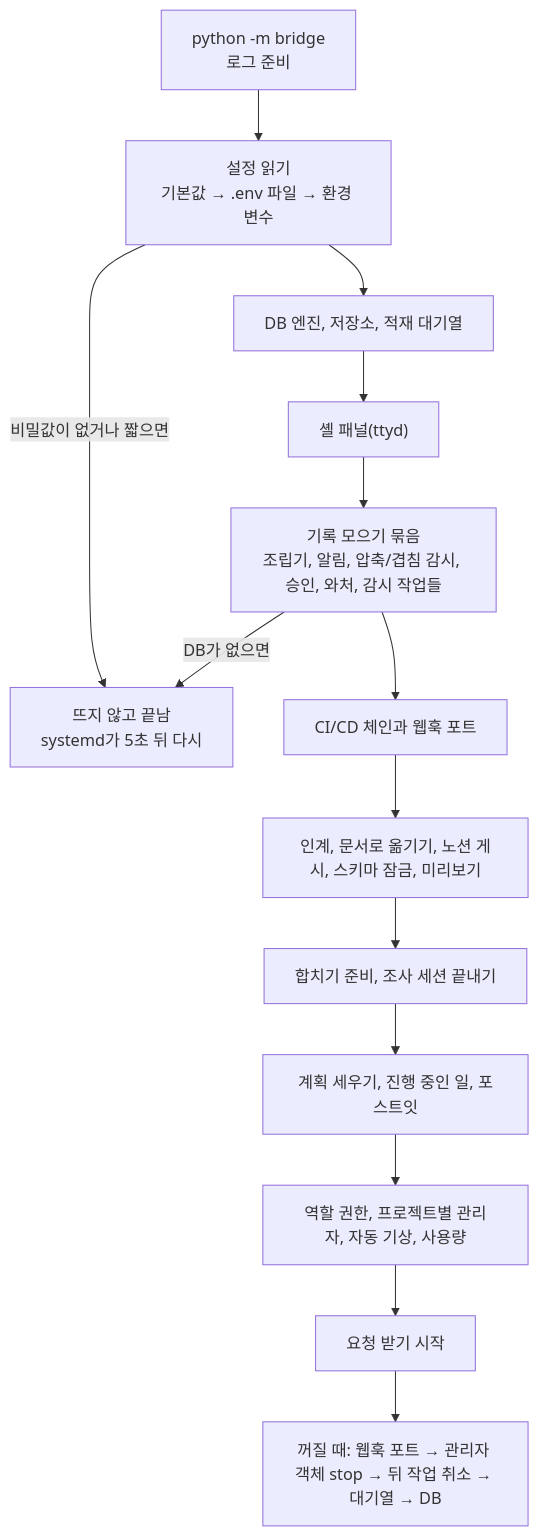
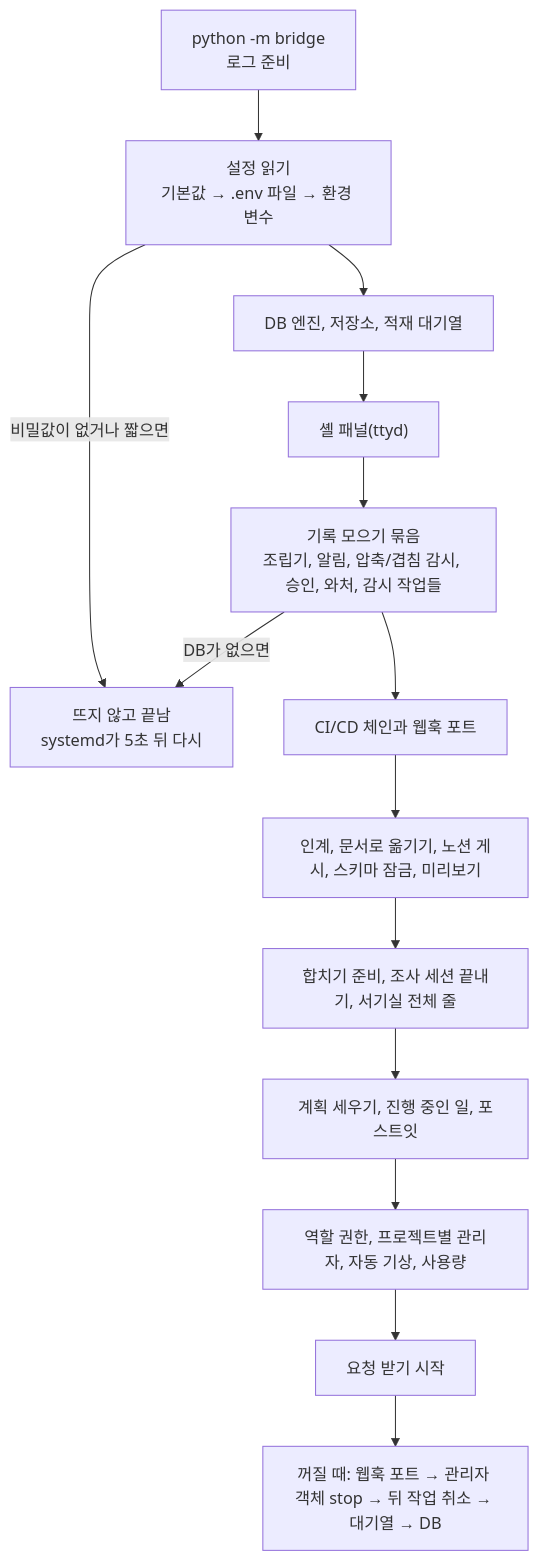
Before and after one commit to Gabriel-Joo/foreman: the diagram in notion/01_structure/02_startup.md, drawn with Mermaid. The commit also changed other lines of this file, not shown here.

````diff
--- a/notion/01_structure/02_startup.md
+++ b/notion/01_structure/02_startup.md
@@ -13,16 +13,16 @@
 ```mermaid
 flowchart TD
     A["python -m bridge<br/>로그 준비"] --> B["설정 읽기<br/>기본값 → .env 파일 → 환경 변수"]
     B -->|비밀값이 없거나 짧으면| X["뜨지 않고 끝남<br/>systemd가 5초 뒤 다시"]
     B --> C["DB 엔진, 저장소, 적재 대기열"]
     C --> D["셸 패널(ttyd)"]
     D --> E["기록 모으기 묶음<br/>조립기, 알림, 압축/겹침 감시, 승인, 와처, 감시 작업들"]
     E -->|DB가 없으면| X
     E --> F["CI/CD 체인과 웹훅 포트"]
     F --> G["인계, 문서로 옮기기, 노션 게시, 스키마 잠금, 미리보기"]
-    G --> H["합치기 준비, 조사 세션 끝내기"]
+    G --> H["합치기 준비, 조사 세션 끝내기, 서기실 전체 줄"]
     H --> I["계획 세우기, 진행 중인 일, 포스트잇"]
     I --> J["역할 권한, 프로젝트별 관리자, 자동 기상, 사용량"]
     J --> K["요청 받기 시작"]
     K --> L["꺼질 때: 웹훅 포트 → 관리자 객체 stop → 뒤 작업 취소 → 대기열 → DB"]
 ```
````
